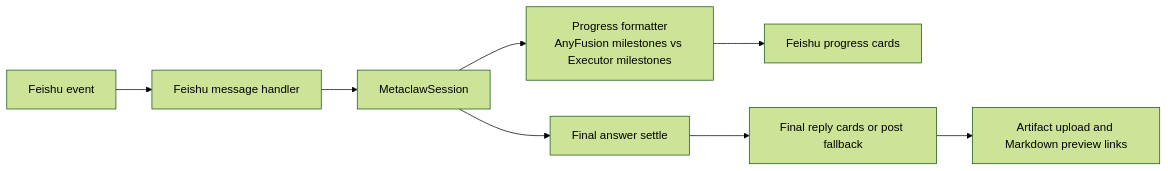
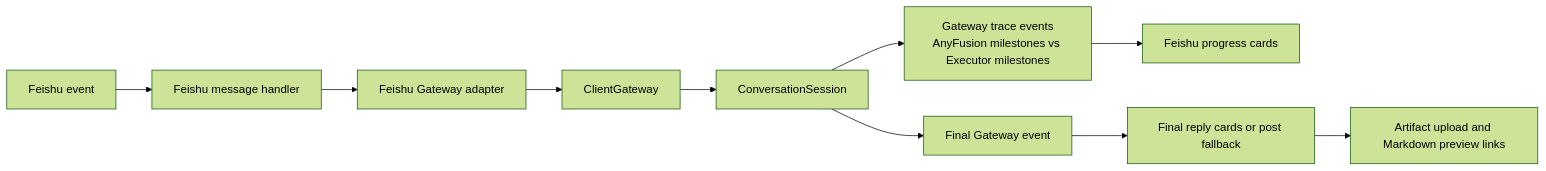
One commit to IFOSR/metawork changed the fourth of 4 diagrams in docs/current/technical-overview.md. Above: the diagram before and after it, drawn with Mermaid (forest theme). The commit also changed other lines of this file and 139 other files, not shown here.

````diff
--- a/docs/current/technical-overview.md
+++ b/docs/current/technical-overview.md
@@ -202,10 +202,12 @@
 ```mermaid
 flowchart LR
   Feishu[Feishu event] --> Handler[Feishu message handler]
-  Handler --> Session[MetaclawSession]
-  Session --> Progress[Progress formatter<br/>AnyFusion milestones vs Executor milestones]
+  Handler --> Adapter[Feishu Gateway adapter]
+  Adapter --> Gateway[ClientGateway]
+  Gateway --> Conversation[ConversationSession]
+  Conversation --> Progress[Gateway trace events<br/>AnyFusion milestones vs Executor milestones]
   Progress --> Cards[Feishu progress cards]
-  Session --> Final[Final answer settle]
+  Conversation --> Final[Final Gateway event]
   Final --> Reply[Final reply cards or post fallback]
   Reply --> Files[Artifact upload and Markdown preview links]
 ```
````
